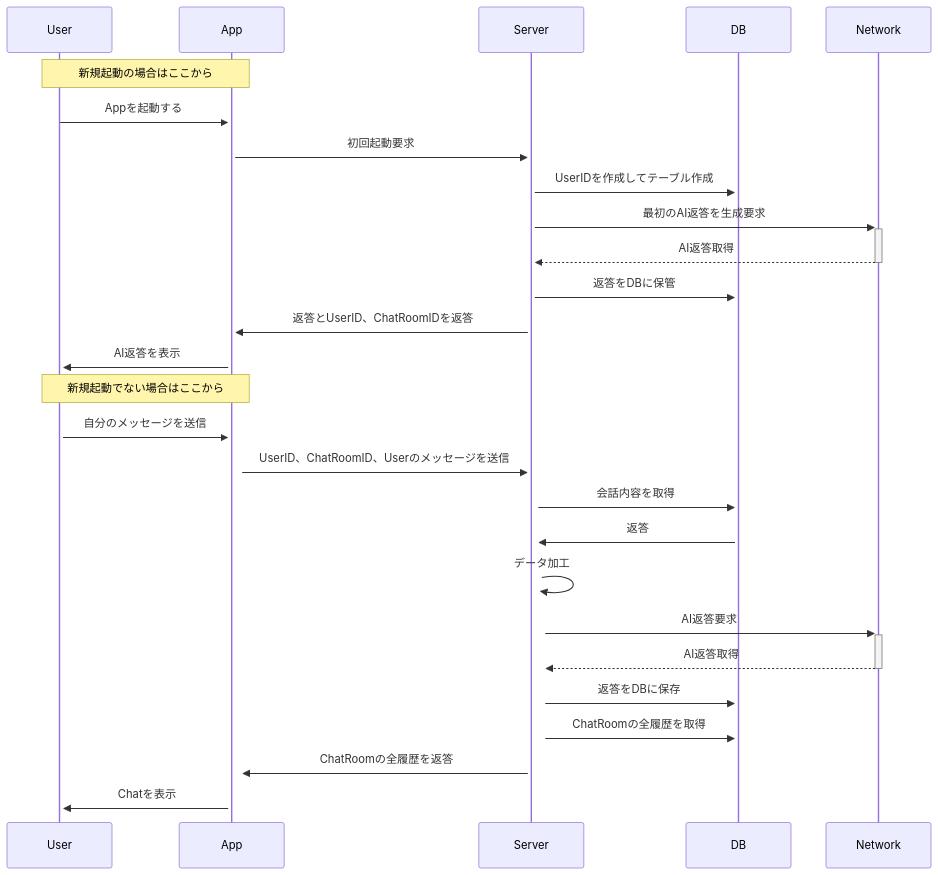
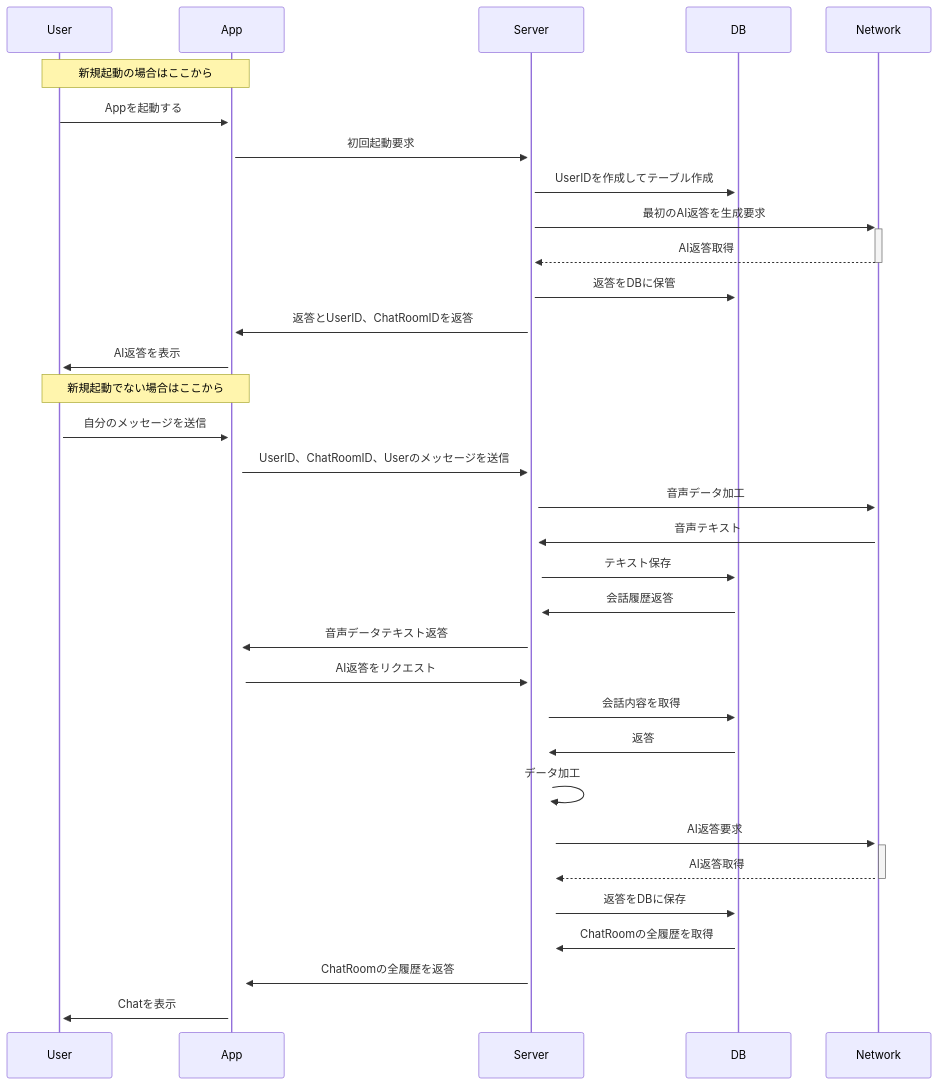
The diagram in Other/memo/４月/システムシーケンス.md (kkhouse/Playground), drawn with Mermaid before and after one commit. The commit also changed other lines of this file and 6 other files, not shown here.

````diff
--- a/Other/memo/４月/システムシーケンス.md
+++ b/Other/memo/４月/システムシーケンス.md
@@ -17,29 +19,35 @@
 ```mermaid
 sequenceDiagram
     participant User
     participant App
     participant Server
     participant DB
     participant Network
     Note over App, User: 新規起動の場合はここから
     User->>+App: Appを起動する
     App->>+Server: 初回起動要求
     Server->>+DB: UserIDを作成してテーブル作成
     Server->>+Network: 最初のAI返答を生成要求
     Network-->>-Server: AI返答取得
     Server->>+DB: 返答をDBに保管
     Server->>+App: 返答とUserID、ChatRoomIDを返答
     App->>+User: AI返答を表示
     Note over App, User: 新規起動でない場合はここから
     User->>+App: 自分のメッセージを送信
     App->>+Server: UserID、ChatRoomID、Userのメッセージを送信
+    Server->>+Network:音声データ加工
+    Network->>+Server: 音声テキスト
+    Server->>+DB:テキスト保存
+    DB->>+Server: 会話履歴返答
+    Server->>+App:音声データテキスト返答
+    App->>+Server:AI返答をリクエスト
     Server->>+DB: 会話内容を取得
     DB->>+Server: 返答
     Server->>+Server: データ加工
     Server->>+Network: AI返答要求
     Network-->>-Server: AI返答取得
     Server->>+DB: 返答をDBに保存
-    Server->>+DB: ChatRoomの全履歴を取得
+    DB->>+Server: ChatRoomの全履歴を取得
     Server->>+App: ChatRoomの全履歴を返答
     App->>+User: Chatを表示
 ```
````
